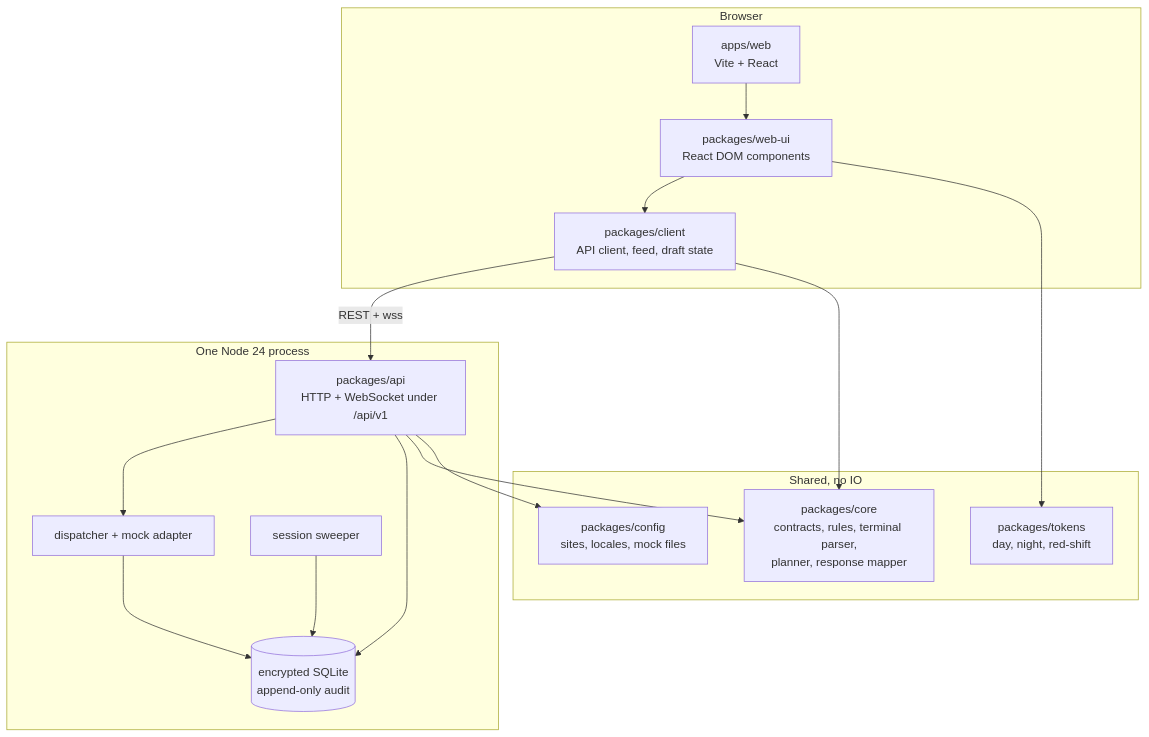
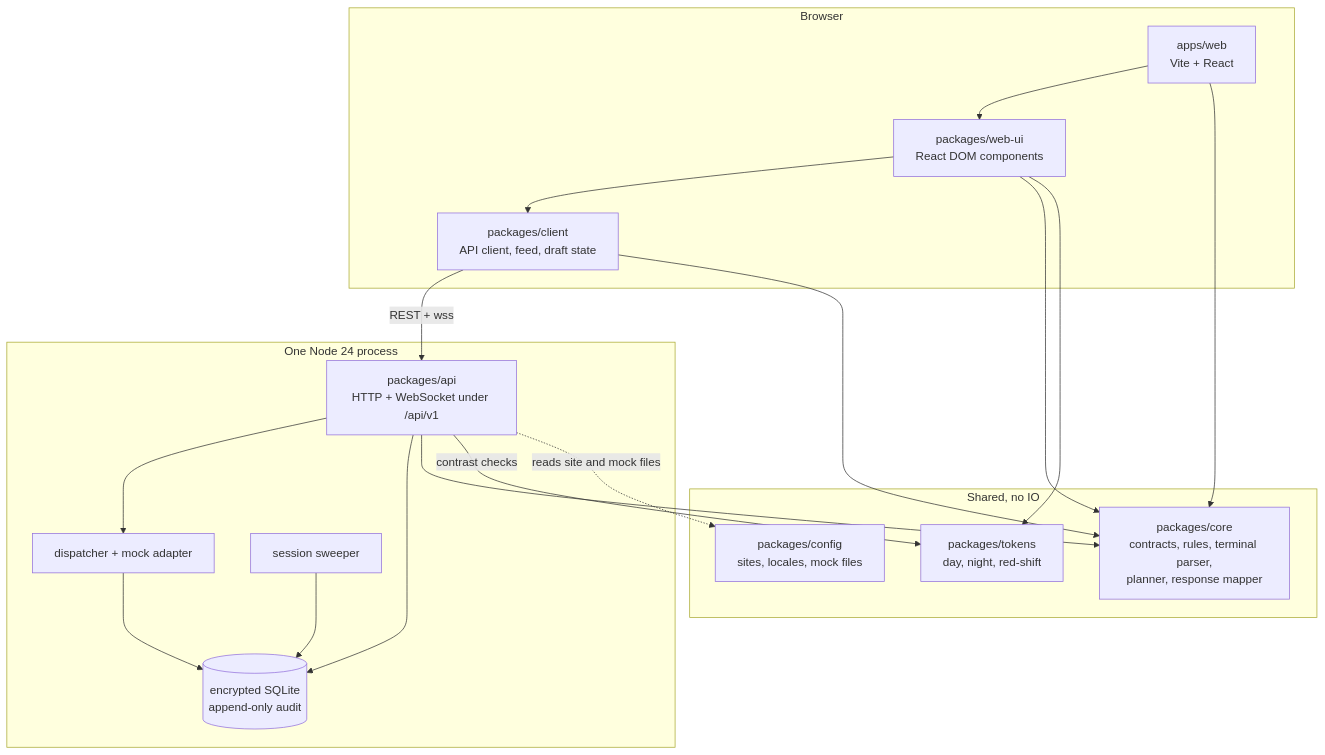
Before and after one commit to BirchDesignLab/queryModule: the first of 4 diagrams in docs/architecture.md, drawn with Mermaid. The commit also changed other lines of this file and 35 other files, not shown here.

First line of the commit message:
docs: every reader doc current with main, plus diagrams and galleries on the key pages (#861)

````diff
--- a/docs/architecture.md
+++ b/docs/architecture.md
@@ -27,28 +27,31 @@
 ```mermaid
 flowchart TB
     subgraph browser["Browser"]
         web["apps/web<br/>Vite + React"]
         webui["packages/web-ui<br/>React DOM components"]
         client["packages/client<br/>API client, feed, draft state"]
         web --> webui --> client
     end
     subgraph shared["Shared, no IO"]
         core["packages/core<br/>contracts, rules, terminal parser,<br/>planner, response mapper"]
         tokens["packages/tokens<br/>day, night, red-shift"]
         config["packages/config<br/>sites, locales, mock files"]
     end
     subgraph server["One Node 24 process"]
         api["packages/api<br/>HTTP + WebSocket under /api/v1"]
         dispatch["dispatcher + mock adapter"]
         sweeper["session sweeper"]
         db[("encrypted SQLite<br/>append-only audit")]
         api --> dispatch --> db
         api --> db
         sweeper --> db
     end
     client -- "REST + wss" --> api
     client --> core
+    webui --> core
     webui --> tokens
+    web --> core
     api --> core
-    api --> config
+    api -- "contrast checks" --> tokens
+    api -. "reads site and mock files" .-> config
 ```
````
